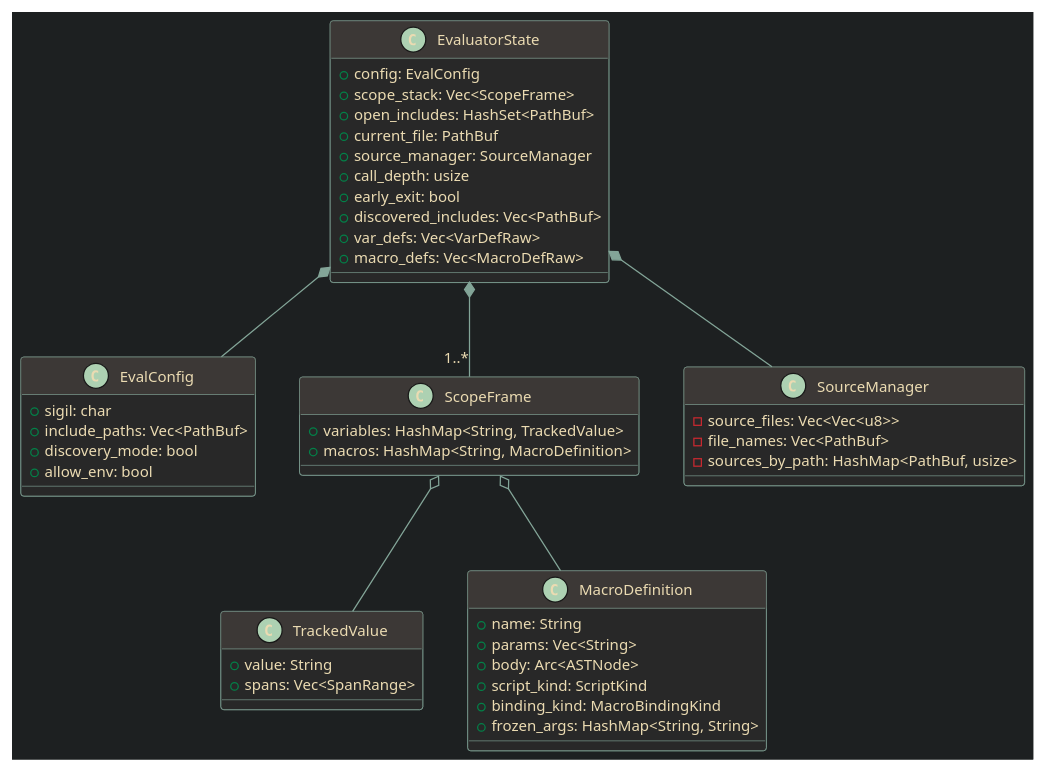
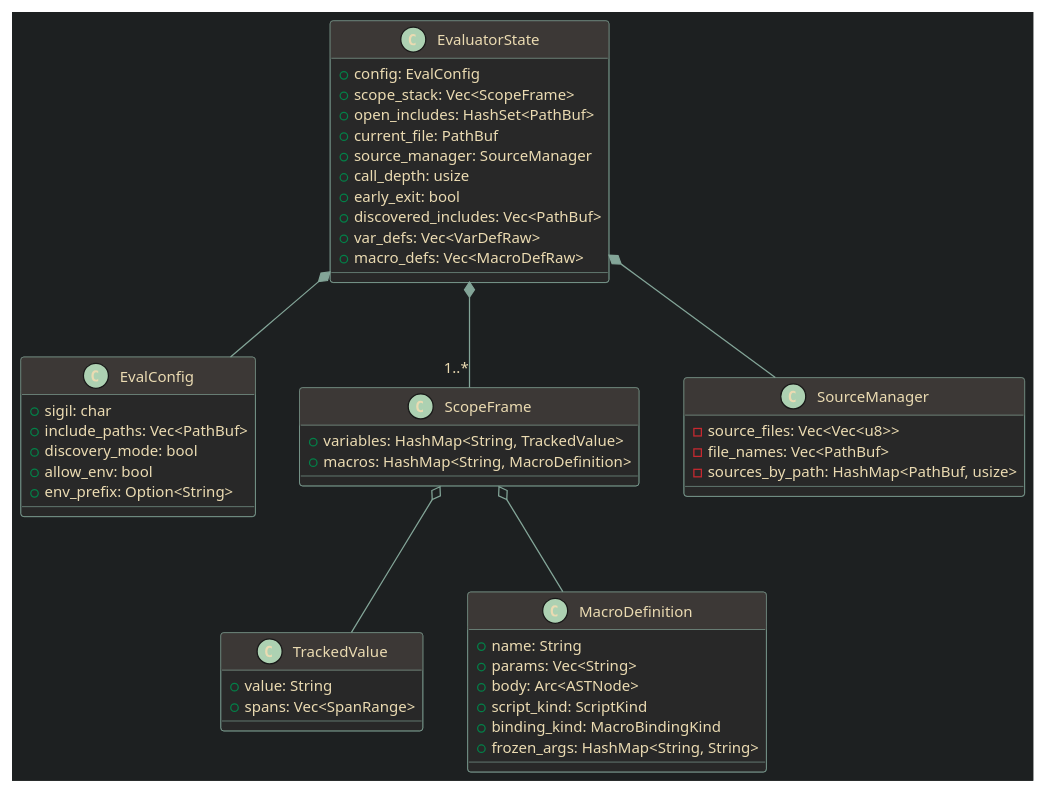
The diagram in crates/weaveback-macro/src/evaluator/state.adoc (giannifer7/weaveback), drawn with PlantUML before and after one commit. The commit also changed other lines of this file and 26 other files, not shown here.

```diff
--- a/crates/weaveback-macro/src/evaluator/state.adoc
+++ b/crates/weaveback-macro/src/evaluator/state.adoc
@@ -54,65 +54,66 @@
 [plantuml,format=svg]
 ----
 @startuml
 skinparam backgroundColor #1d2021
 skinparam defaultFontColor #ebdbb2
 skinparam defaultFontSize 12
 skinparam ArrowColor #83a598
 skinparam ClassBorderColor #83a598
 skinparam ClassBackgroundColor #282828
 skinparam ClassFontColor #ebdbb2
 skinparam ClassHeaderBackgroundColor #3c3836
 skinparam ClassStereotypeFontColor #8ec07c
 
 class EvalConfig {
   +sigil: char
   +include_paths: Vec<PathBuf>
   +discovery_mode: bool
   +allow_env: bool
+  +env_prefix: Option<String>
 }
 
 class ScopeFrame {
   +variables: HashMap<String, TrackedValue>
   +macros: HashMap<String, MacroDefinition>
 }
 
 class TrackedValue {
   +value: String
   +spans: Vec<SpanRange>
 }
 
 class MacroDefinition {
   +name: String
   +params: Vec<String>
   +body: Arc<ASTNode>
   +script_kind: ScriptKind
   +binding_kind: MacroBindingKind
   +frozen_args: HashMap<String, String>
 }
 
 class SourceManager {
   -source_files: Vec<Vec<u8>>
   -file_names: Vec<PathBuf>
   -sources_by_path: HashMap<PathBuf, usize>
 }
 
 class EvaluatorState {
   +config: EvalConfig
   +scope_stack: Vec<ScopeFrame>
   +open_includes: HashSet<PathBuf>
   +current_file: PathBuf
   +source_manager: SourceManager
   +call_depth: usize
   +early_exit: bool
   +discovered_includes: Vec<PathBuf>
   +var_defs: Vec<VarDefRaw>
   +macro_defs: Vec<MacroDefRaw>
 }
 
 EvaluatorState *-- EvalConfig
 EvaluatorState *-- "1..*" ScopeFrame
 EvaluatorState *-- SourceManager
 ScopeFrame o-- TrackedValue
 ScopeFrame o-- MacroDefinition
 @enduml
 ----
```
